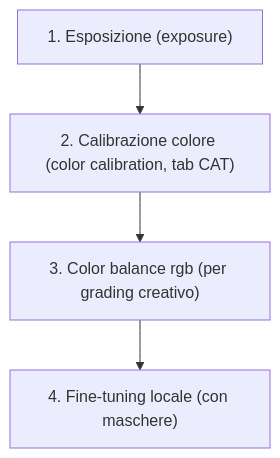
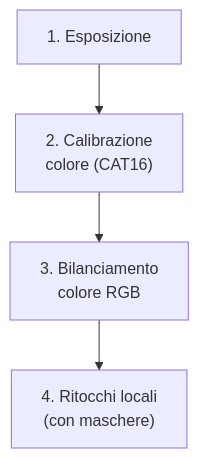
The diagram in docs/workshop/color-grading.md (lorenzoperone/darktable-docs), drawn with Mermaid before and after one commit. The commit also changed 40 other files, not shown here.

First line of the commit message:
fix: reformatta diagrammi Mermaid — etichette brevi, break line, italiano

````diff
--- a/docs/workshop/color-grading.md
+++ b/docs/workshop/color-grading.md
@@ -27,4 +27,4 @@
 ```mermaid
 flowchart TD
-    A["1. Esposizione (exposure)"] --> B["2. Calibrazione colore (color calibration, tab CAT)"] --> C["3. Color balance rgb (per grading creativo)"] --> D["4. Fine-tuning locale (con maschere)"]
+    A["1. Esposizione"] --> B["2. Calibrazione<br/>colore (CAT16)"] --> C["3. Bilanciamento<br/>colore RGB"] --> D["4. Ritocchi locali<br/>(con maschere)"]
 ```
````
